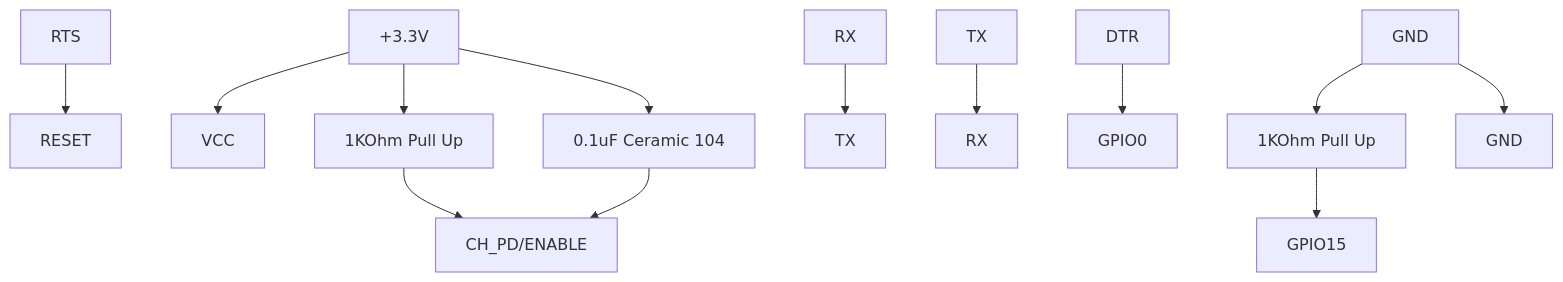
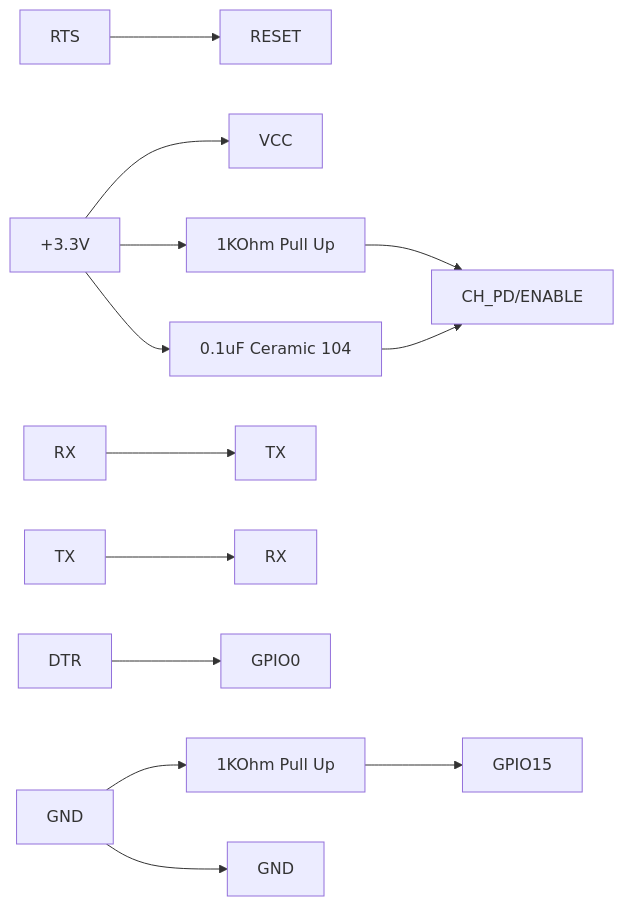
The diagram in README.md (electronsoul/esp8266win), drawn with Mermaid before and after one commit. The commit also changed other lines of this file, not shown here.

````diff
--- a/README.md
+++ b/README.md
@@ -25,13 +21,13 @@
 ```mermaid
-graph TD
+graph LR
 
 A[RTS] --> B[RESET] 
 C[+3.3V] --> D[VCC]
 C --> E[1KOhm Pull Up] --> F[CH_PD/ENABLE]
 C --> G[0.1uF Ceramic 104 ] --> F[CH_PD/ENABLE]
 H[RX] --> J[TX]
 I[TX] --> K[RX]  
 L[DTR] --> M[GPIO0] 
 N[GND] --> O[1KOhm Pull Up] --> P[GPIO15]
 N[GND] --> Q[GND] 
 ```
````
